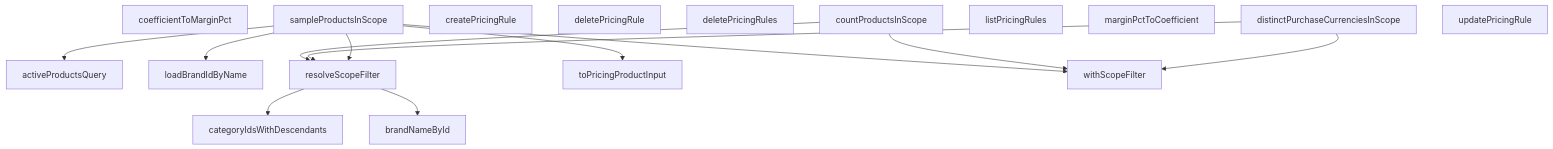
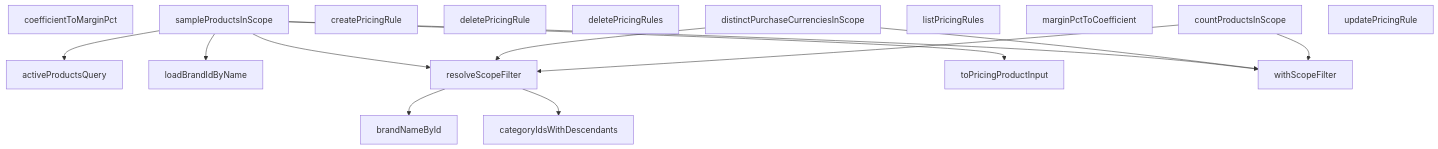
The diagram in src/lib/services/pricingAdmin.service.md (peckop/venthub-hvac-esite), drawn with Mermaid before and after one commit. The commit also changed other lines of this file and 134 other files, not shown here.

````diff
--- a/src/lib/services/pricingAdmin.service.md
+++ b/src/lib/services/pricingAdmin.service.md
@@ -333,31 +347,31 @@
 ```mermaid
 graph TD
     pricingAdmin_service_ts__activeProductsQuery["activeProductsQuery"]
     pricingAdmin_service_ts__brandNameById["brandNameById"]
     pricingAdmin_service_ts__categoryIdsWithDescendants["categoryIdsWithDescendants"]
     pricingAdmin_service_ts__coefficientToMarginPct["coefficientToMarginPct"]
     pricingAdmin_service_ts__countProductsInScope["countProductsInScope"]
     pricingAdmin_service_ts__createPricingRule["createPricingRule"]
     pricingAdmin_service_ts__deletePricingRule["deletePricingRule"]
     pricingAdmin_service_ts__deletePricingRules["deletePricingRules"]
     pricingAdmin_service_ts__distinctPurchaseCurrenciesInScope["distinctPurchaseCurrenciesInScope"]
     pricingAdmin_service_ts__listPricingRules["listPricingRules"]
     pricingAdmin_service_ts__loadBrandIdByName["loadBrandIdByName"]
     pricingAdmin_service_ts__marginPctToCoefficient["marginPctToCoefficient"]
     pricingAdmin_service_ts__resolveScopeFilter["resolveScopeFilter"]
     pricingAdmin_service_ts__sampleProductsInScope["sampleProductsInScope"]
     pricingAdmin_service_ts__toPricingProductInput["toPricingProductInput"]
     pricingAdmin_service_ts__updatePricingRule["updatePricingRule"]
     pricingAdmin_service_ts__withScopeFilter["withScopeFilter"]
-    pricingAdmin_service_ts__countProductsInScope --> pricingAdmin_service_ts__resolveScopeFilter
-    pricingAdmin_service_ts__distinctPurchaseCurrenciesInScope --> pricingAdmin_service_ts__resolveScopeFilter
+    pricingAdmin_service_ts__sampleProductsInScope --> pricingAdmin_service_ts__toPricingProductInput
+    pricingAdmin_service_ts__resolveScopeFilter --> pricingAdmin_service_ts__brandNameById
+    pricingAdmin_service_ts__sampleProductsInScope --> pricingAdmin_service_ts__resolveScopeFilter
+    pricingAdmin_service_ts__sampleProductsInScope --> pricingAdmin_service_ts__withScopeFilter
     pricingAdmin_service_ts__resolveScopeFilter --> pricingAdmin_service_ts__categoryIdsWithDescendants
-    pricingAdmin_service_ts__sampleProductsInScope --> pricingAdmin_service_ts__withScopeFilter
-    pricingAdmin_service_ts__countProductsInScope --> pricingAdmin_service_ts__withScopeFilter
-    pricingAdmin_service_ts__sampleProductsInScope --> pricingAdmin_service_ts__toPricingProductInput
-    pricingAdmin_service_ts__distinctPurchaseCurrenciesInScope --> pricingAdmin_service_ts__withScopeFilter
     pricingAdmin_service_ts__sampleProductsInScope --> pricingAdmin_service_ts__activeProductsQuery
     pricingAdmin_service_ts__sampleProductsInScope --> pricingAdmin_service_ts__loadBrandIdByName
-    pricingAdmin_service_ts__resolveScopeFilter --> pricingAdmin_service_ts__brandNameById
-    pricingAdmin_service_ts__sampleProductsInScope --> pricingAdmin_service_ts__resolveScopeFilter
+    pricingAdmin_service_ts__distinctPurchaseCurrenciesInScope --> pricingAdmin_service_ts__withScopeFilter
+    pricingAdmin_service_ts__distinctPurchaseCurrenciesInScope --> pricingAdmin_service_ts__resolveScopeFilter
+    pricingAdmin_service_ts__countProductsInScope --> pricingAdmin_service_ts__withScopeFilter
+    pricingAdmin_service_ts__countProductsInScope --> pricingAdmin_service_ts__resolveScopeFilter
 ```
````
